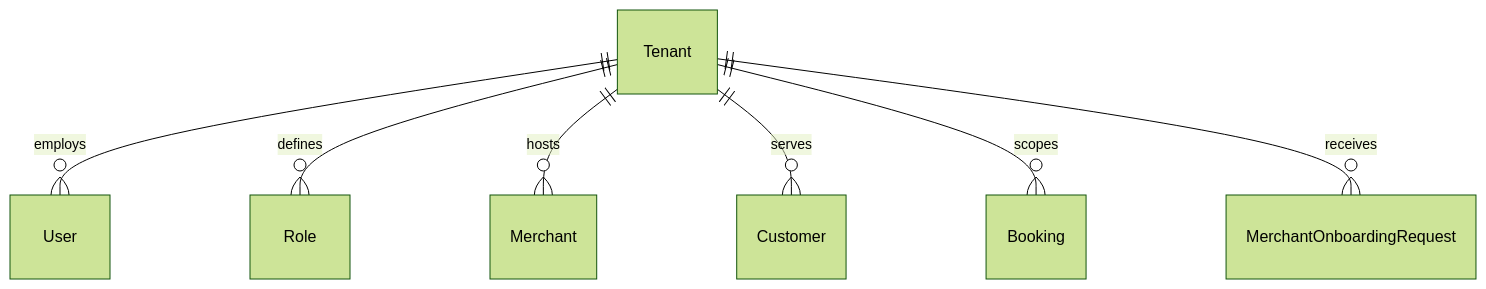
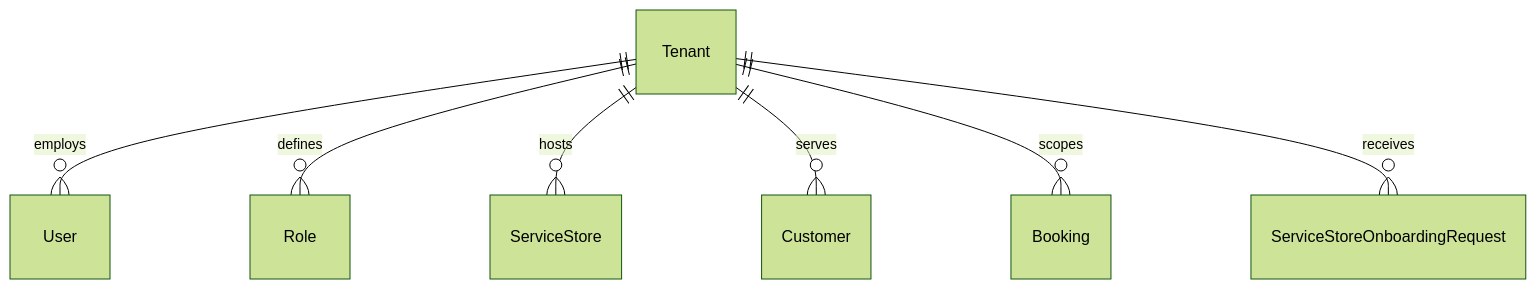
One commit to plc-r-dev/autohub changed the first of 4 diagrams in docs/architecture/tenant.md. Above: the diagram before and after it, drawn with Mermaid (forest theme). The commit also changed other lines of this file and 286 other files, not shown here.

First line of the commit message:
refactor: complete merchant-to-ServiceStore rename and customer LIFF restructure

````diff
--- a/docs/architecture/tenant.md
+++ b/docs/architecture/tenant.md
@@ -16,9 +16,9 @@
 ```mermaid
 erDiagram
   Tenant ||--o{ User : employs
   Tenant ||--o{ Role : defines
-  Tenant ||--o{ Merchant : hosts
+  Tenant ||--o{ ServiceStore : hosts
   Tenant ||--o{ Customer : serves
   Tenant ||--o{ Booking : scopes
-  Tenant ||--o{ MerchantOnboardingRequest : receives
+  Tenant ||--o{ ServiceStoreOnboardingRequest : receives
 ```
````
